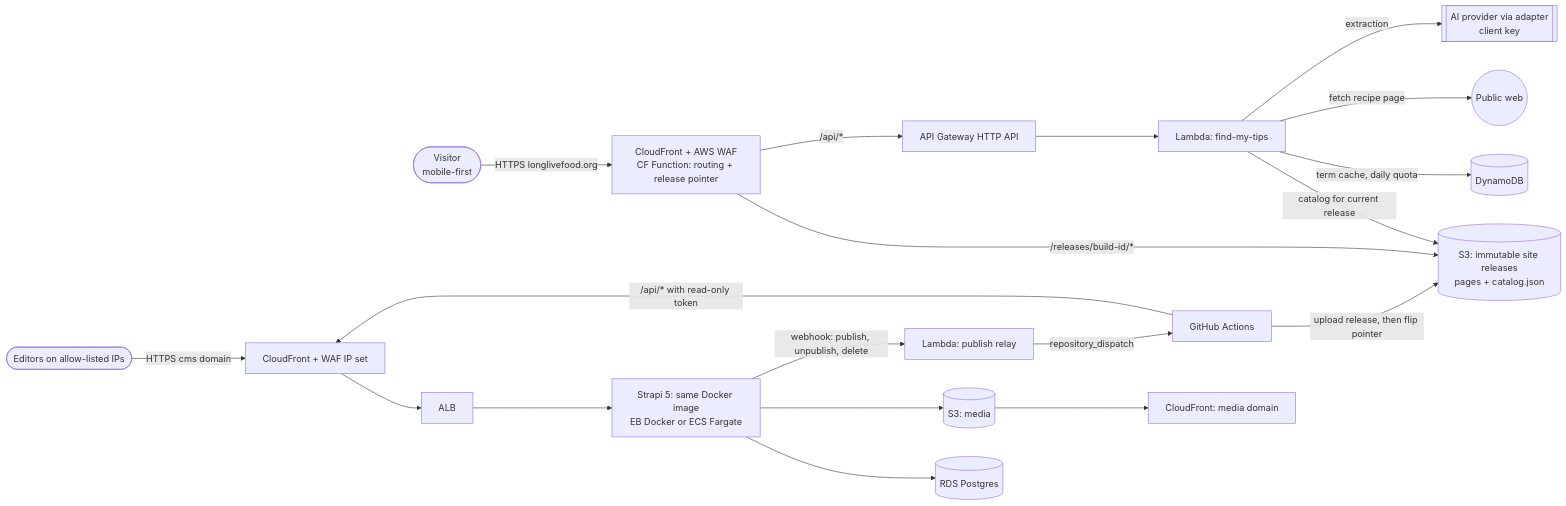
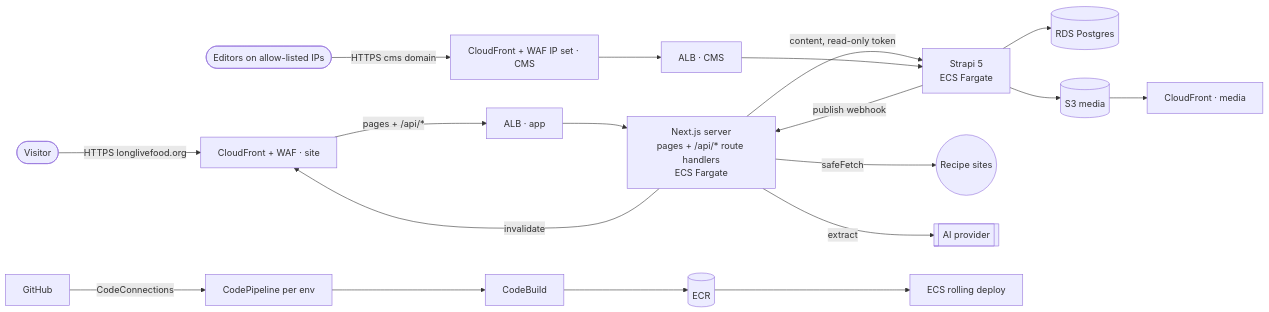
Before and after one commit to hancock01919sh/llf: the second of 6 diagrams in docs/TDD.md, drawn with Mermaid. The commit also changed other lines of this file and 6 other files, not shown here.

First line of the commit message:
docs: containers on ECS Fargate, server-rendered Next.js, no Lambda (D36)

````diff
--- a/docs/TDD.md
+++ b/docs/TDD.md
@@ -262,20 +264,18 @@
 ```mermaid
 flowchart LR
-  user([Visitor<br/>mobile-first]) -->|HTTPS longlivefood.org| cf[CloudFront + AWS WAF<br/>CF Function: routing + release pointer]
-  cf -->|/releases/build-id/*| s3web[(S3: immutable site releases<br/>pages + catalog.json)]
-  cf -->|/api/*| apigw[API Gateway HTTP API]
-  apigw --> lam[Lambda: find-my-tips]
-  lam -->|catalog for current release| s3web
-  lam -->|term cache, daily quota| ddb[(DynamoDB)]
-  lam -->|fetch recipe page| www((Public web))
-  lam -->|extraction| ai[[AI provider via adapter<br/>client key]]
+  user([Visitor]) -->|HTTPS longlivefood.org| cfs[CloudFront + WAF · site]
+  cfs -->|pages + /api/*| albapp[ALB · app]
+  albapp --> web[Next.js server<br/>pages + /api/* route handlers<br/>ECS Fargate]
+  web -->|content, read-only token| strapi
+  web -->|safeFetch| www((Recipe sites))
+  web -->|extract| ai[[AI provider]]
 
-  editor([Editors on allow-listed IPs]) -->|HTTPS cms domain| cfc[CloudFront + WAF IP set]
-  gha[GitHub Actions] -->|/api/* with read-only token| cfc
-  cfc --> alb[ALB] --> strapi[Strapi 5: same Docker image<br/>EB Docker or ECS Fargate]
+  editor([Editors on allow-listed IPs]) -->|HTTPS cms domain| cfc[CloudFront + WAF IP set · CMS]
+  cfc --> albcms[ALB · CMS] --> strapi[Strapi 5<br/>ECS Fargate]
   strapi --> rds[(RDS Postgres)]
-  strapi --> s3media[(S3: media)] --> cfm[CloudFront: media domain]
-  strapi -->|webhook: publish, unpublish, delete| relay[Lambda: publish relay]
-  relay -->|repository_dispatch| gha
-  gha -->|upload release, then flip pointer| s3web
+  strapi --> s3m[(S3 media)] --> cfm[CloudFront · media]
+  strapi -->|publish webhook| web
+  web -->|invalidate| cfs
+
+  gh[GitHub] -->|CodeConnections| cp[CodePipeline per env] --> cb[CodeBuild] --> ecr[(ECR)] --> ecs[ECS rolling deploy]
 ```
````
